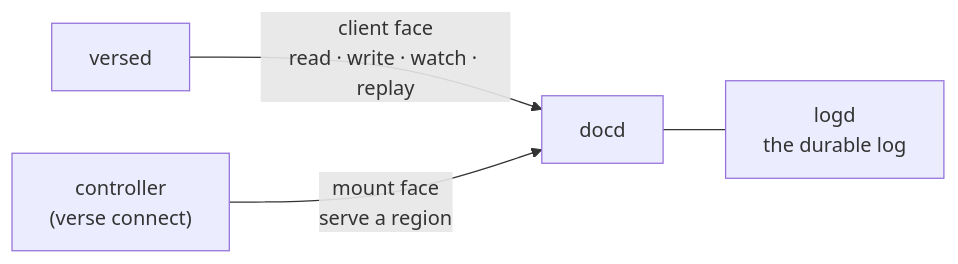
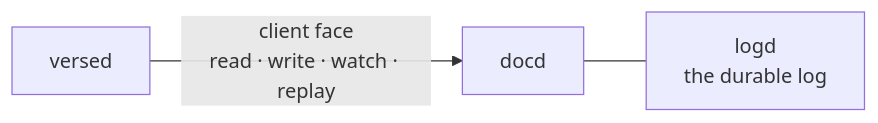
Before and after one commit to signadot/viff: the second of 4 diagrams in docs/seams.md, drawn with Mermaid. The commit also changed other lines of this file and 125 other files, not shown here.

First line of the commit message:
Verse/remove connect (#8)

````diff
--- a/docs/seams.md
+++ b/docs/seams.md
@@ -131,6 +128,5 @@
 ```mermaid
 flowchart LR
   versed["versed"] -->|"client face<br/>read · write · watch · replay"| docd["docd"]
-  ctl["controller<br/>(verse connect)"] -->|"mount face<br/>serve a region"| docd
   docd --- logd["logd<br/>the durable log"]
 ```
````
